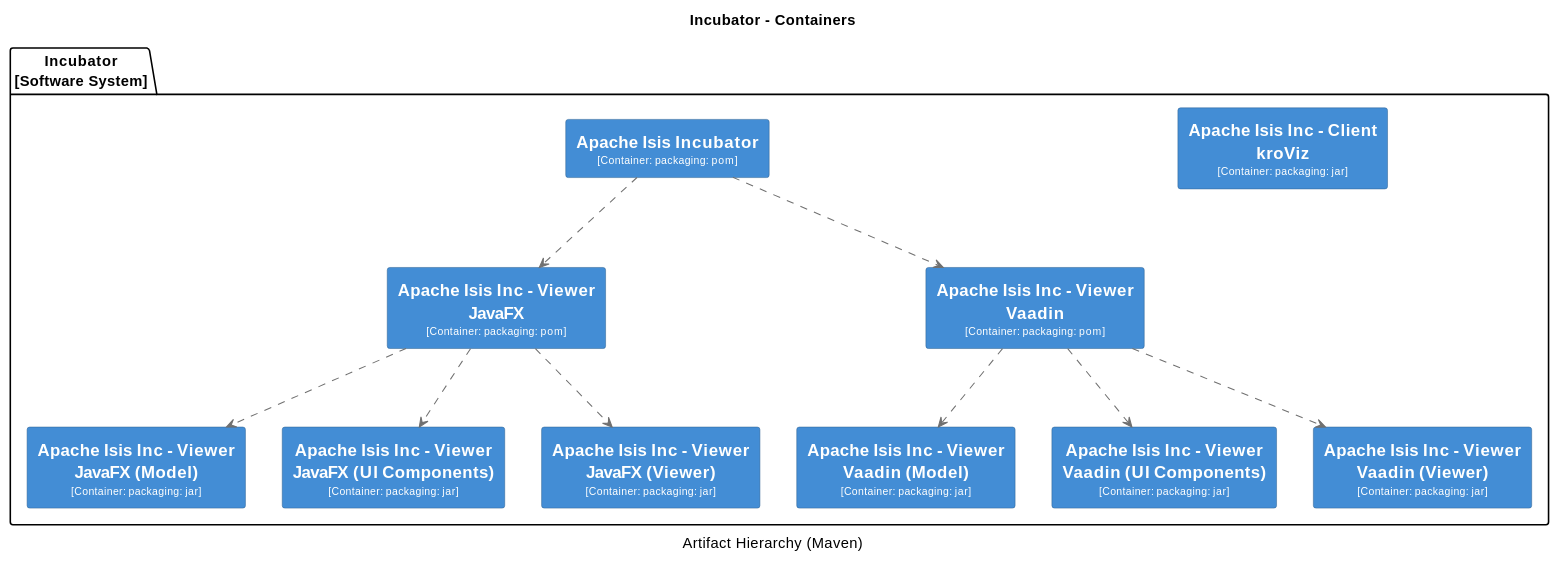
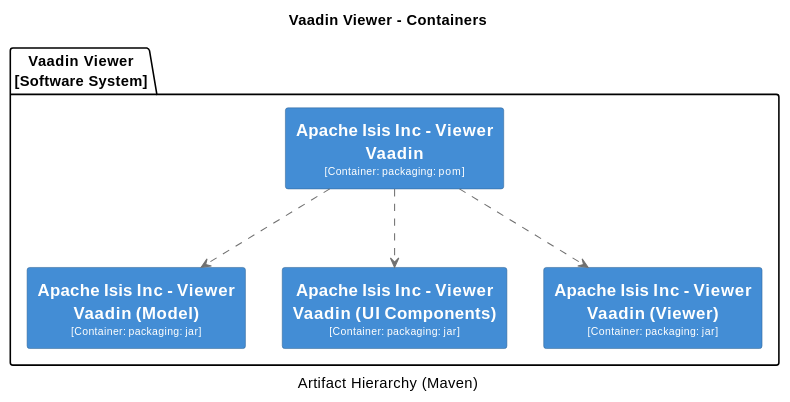
Before and after one commit to apache/causeway: diagram 36 of 37 in antora/components/system/modules/generated/pages/system-overview.adoc, drawn with PlantUML. The commit also changed other lines of this file and 10 other files, not shown here.

```diff
--- a/antora/components/system/modules/generated/pages/system-overview.adoc
+++ b/antora/components/system/modules/generated/pages/system-overview.adoc
@@ -4654,7 +4989,7 @@
-[plantuml,Incubator,svg]
+[plantuml,Vaadin Viewer,svg]
 ----
-@startuml(id=Incubator)
-title Incubator - Containers
+@startuml(id=Vaadin_Viewer)
+title Vaadin Viewer - Containers
 caption Artifact Hierarchy (Maven)
 
 skinparam {
@@ -4665,11 +5000,6 @@
   maxMessageSize 100
 }
 hide stereotype
-skinparam rectangle<<11>> {
-  BackgroundColor #438dd5
-  FontColor #fffffe
-  BorderColor #2E6295
-}
 skinparam rectangle<<2>> {
   BackgroundColor #438dd5
   FontColor #fffffe
@@ -4690,50 +5020,14 @@
   FontColor #fffffe
   BorderColor #2E6295
 }
-skinparam rectangle<<6>> {
-  BackgroundColor #438dd5
-  FontColor #fffffe
-  BorderColor #2E6295
+package "Vaadin Viewer\n[Software System]" {
+  rectangle "==Apache Isis Inc - Viewer Vaadin\n<size:10>[Container: packaging: pom]</size>" <<2>> as 2
+  rectangle "==Apache Isis Inc - Viewer Vaadin (Model)\n<size:10>[Container: packaging: jar]</size>" <<3>> as 3
+  rectangle "==Apache Isis Inc - Viewer Vaadin (UI Components)\n<size:10>[Container: packaging: jar]</size>" <<4>> as 4
+  rectangle "==Apache Isis Inc - Viewer Vaadin (Viewer)\n<size:10>[Container: packaging: jar]</size>" <<5>> as 5
 }
-skinparam rectangle<<7>> {
-  BackgroundColor #438dd5
-  FontColor #fffffe
-  BorderColor #2E6295
-}
-skinparam rectangle<<8>> {
-  BackgroundColor #438dd5
-  FontColor #fffffe
-  BorderColor #2E6295
-}
-skinparam rectangle<<9>> {
-  BackgroundColor #438dd5
-  FontColor #fffffe
-  BorderColor #2E6295
-}
-skinparam rectangle<<10>> {
-  BackgroundColor #438dd5
-  FontColor #fffffe
-  BorderColor #2E6295
-}
-package "Incubator\n[Software System]" {
-  rectangle "==Apache Isis Inc - Client kroViz\n<size:10>[Container: packaging: jar]</size>" <<3>> as 3
-  rectangle "==Apache Isis Inc - Viewer JavaFX\n<size:10>[Container: packaging: pom]</size>" <<4>> as 4
-  rectangle "==Apache Isis Inc - Viewer JavaFX (Model)\n<size:10>[Container: packaging: jar]</size>" <<5>> as 5
-  rectangle "==Apache Isis Inc - Viewer JavaFX (UI Components)\n<size:10>[Container: packaging: jar]</size>" <<6>> as 6
-  rectangle "==Apache Isis Inc - Viewer JavaFX (Viewer)\n<size:10>[Container: packaging: jar]</size>" <<7>> as 7
-  rectangle "==Apache Isis Inc - Viewer Vaadin\n<size:10>[Container: packaging: pom]</size>" <<8>> as 8
-  rectangle "==Apache Isis Inc - Viewer Vaadin (Model)\n<size:10>[Container: packaging: jar]</size>" <<9>> as 9
-  rectangle "==Apache Isis Inc - Viewer Vaadin (UI Components)\n<size:10>[Container: packaging: jar]</size>" <<10>> as 10
-  rectangle "==Apache Isis Inc - Viewer Vaadin (Viewer)\n<size:10>[Container: packaging: jar]</size>" <<11>> as 11
-  rectangle "==Apache Isis Incubator\n<size:10>[Container: packaging: pom]</size>" <<2>> as 2
-}
-4 .[#707070].> 5 : ""
-4 .[#707070].> 6 : ""
-4 .[#707070].> 7 : ""
-8 .[#707070].> 9 : ""
-8 .[#707070].> 10 : ""
-8 .[#707070].> 11 : ""
+2 .[#707070].> 3 : ""
 2 .[#707070].> 4 : ""
-2 .[#707070].> 8 : ""
+2 .[#707070].> 5 : ""
 @enduml
 ----
```
